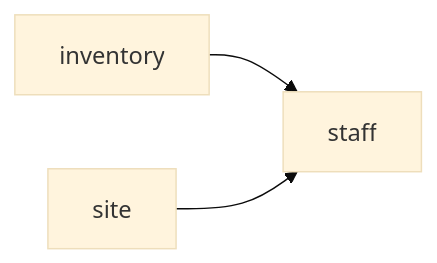
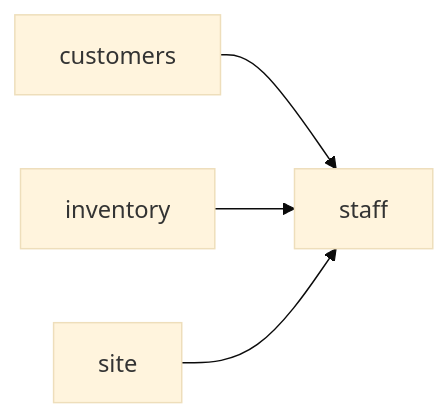
The diagram in docs/wiki/README.md (Ignibyte/aic-demo), drawn with Mermaid (base theme) before and after one commit. The commit also changed other lines of this file and 74 other files, not shown here.

````diff
--- a/docs/wiki/README.md
+++ b/docs/wiki/README.md
@@ -52,6 +53,7 @@
 ```mermaid
 graph LR
     staff
+    customers --> staff
     inventory --> staff
     site --> staff
 ```
````
